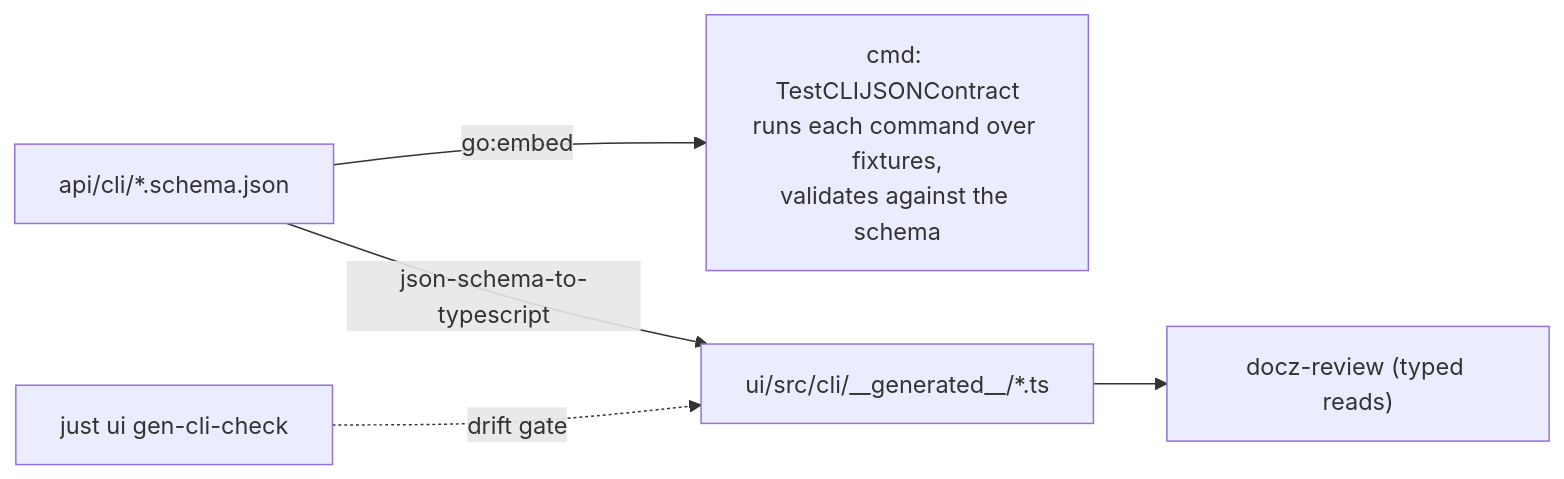
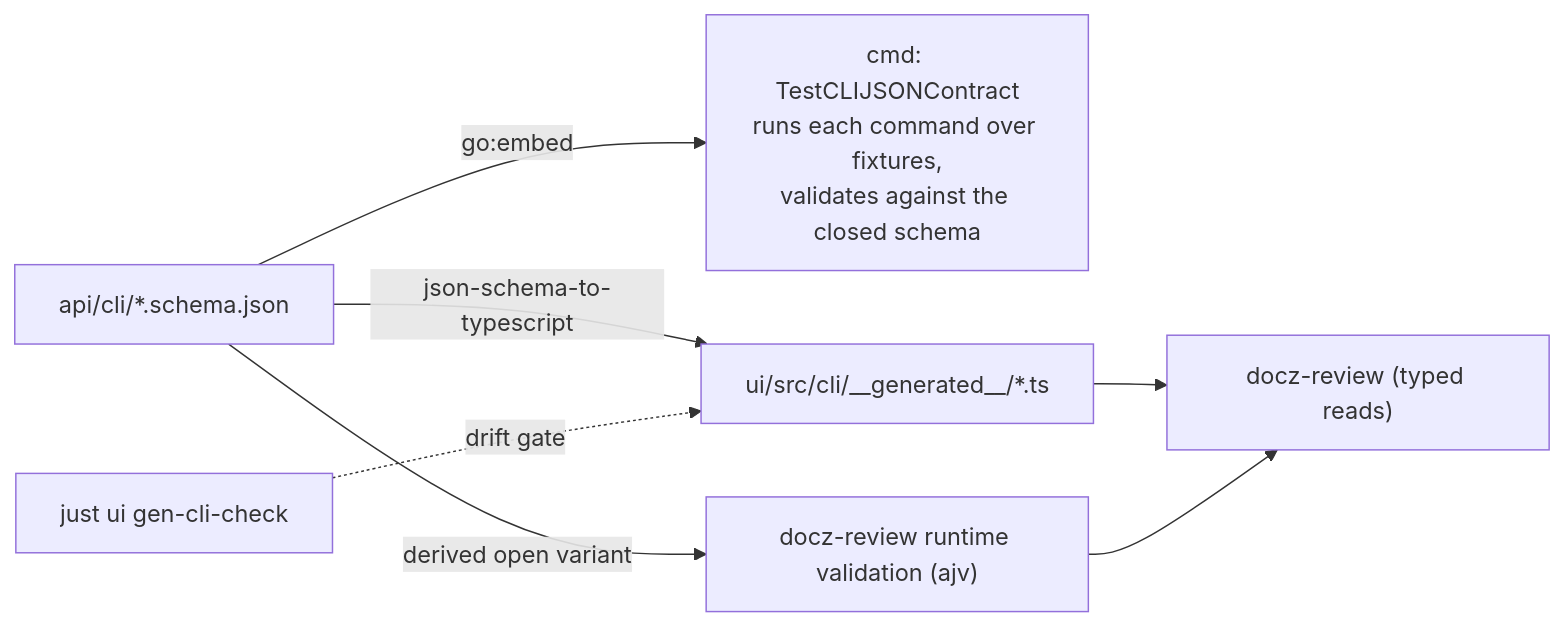
Before and after one commit to donaldgifford/docz: the fourth of 4 diagrams in docs/design/0024-docz-review-a-blocking-review-page-for-agent-written-documents.md, drawn with Mermaid. The commit also changed other lines of this file, not shown here.

First line of the commit message:
docs(design): DESIGN-0024 adversarial review, responses, and the revised body

````diff
--- a/docs/design/0024-docz-review-a-blocking-review-page-for-agent-written-documents.md
+++ b/docs/design/0024-docz-review-a-blocking-review-page-for-agent-written-documents.md
@@ -441,7 +551,9 @@
 ```mermaid
 flowchart LR
-  s["api/cli/*.schema.json"] -->|go:embed| t["cmd: TestCLIJSONContract<br/>runs each command over fixtures,<br/>validates against the schema"]
+  s["api/cli/*.schema.json"] -->|go:embed| t["cmd: TestCLIJSONContract<br/>runs each command over fixtures,<br/>validates against the closed schema"]
   s -->|json-schema-to-typescript| g["ui/src/cli/__generated__/*.ts"]
+  s -->|derived open variant| v["docz-review runtime validation (ajv)"]
   g --> r["docz-review (typed reads)"]
+  v --> r
   c["just ui gen-cli-check"] -.->|drift gate| g
 ```
````
